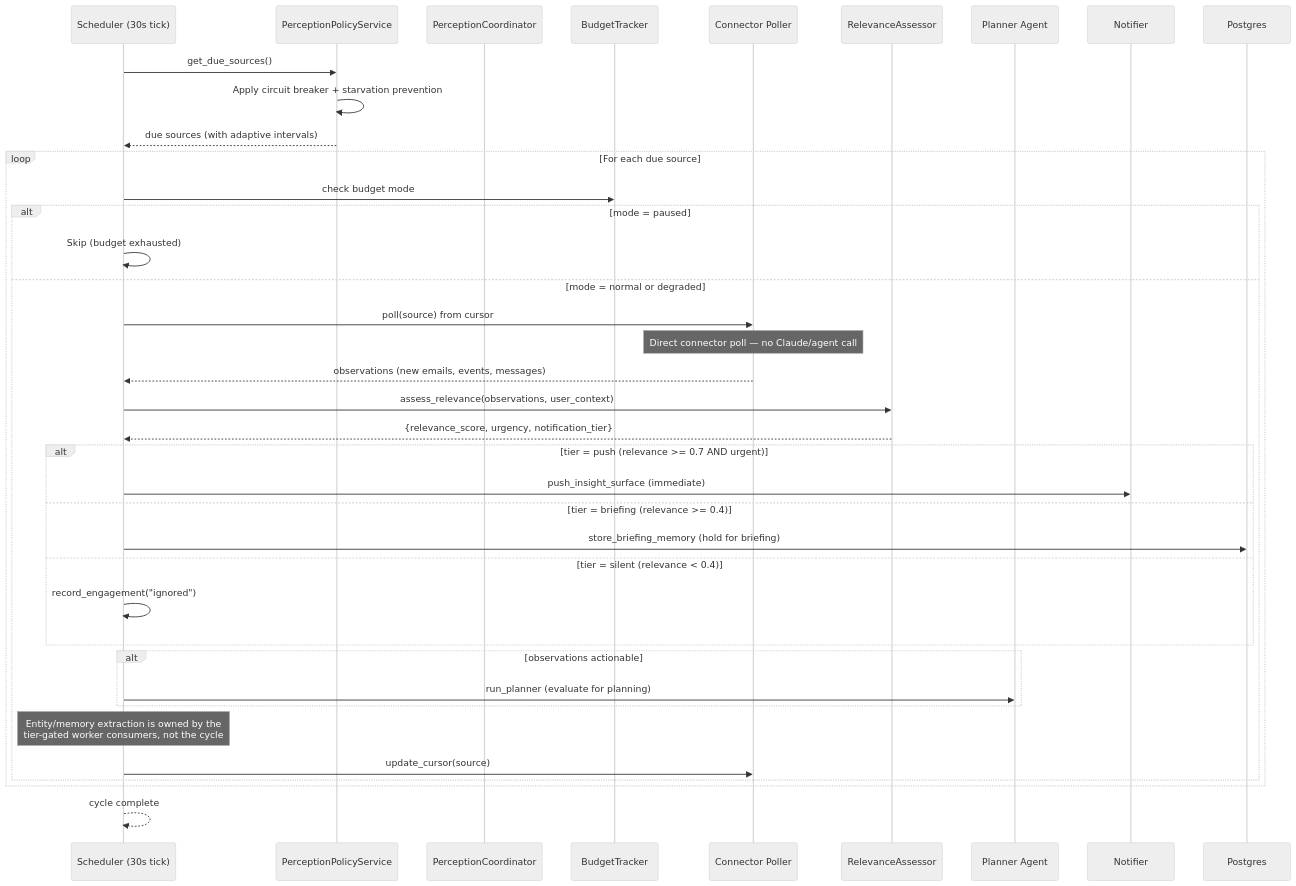
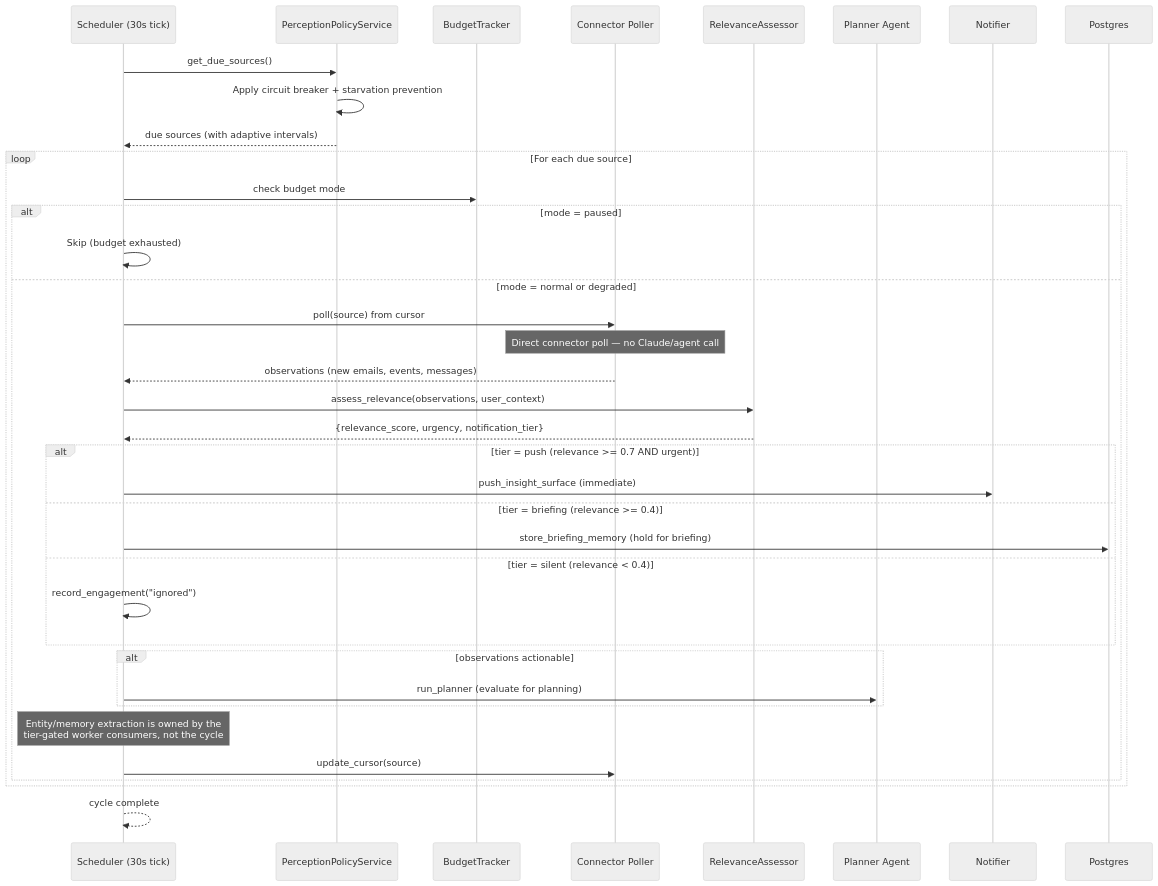
Before and after one commit to shivadharmi/muldro: the first of 2 diagrams in docs/architecture/perception.md, drawn with Mermaid (neutral theme). The commit also changed other lines of this file and 5 other files, not shown here.

````diff
--- a/docs/architecture/perception.md
+++ b/docs/architecture/perception.md
@@ -7,47 +7,46 @@
 ```mermaid
 sequenceDiagram
     participant SCH as Scheduler (30s tick)
     participant PPS as PerceptionPolicyService
-    participant PC as PerceptionCoordinator
     participant BT as BudgetTracker
     participant POL as Connector Poller
     participant RA as RelevanceAssessor
     participant PL as Planner Agent
     participant NT as Notifier
     participant DB as Postgres
 
     SCH->>PPS: get_due_sources()
     PPS->>PPS: Apply circuit breaker + starvation prevention
     PPS-->>SCH: due sources (with adaptive intervals)
 
     loop For each due source
         SCH->>BT: check budget mode
         alt mode = paused
             SCH->>SCH: Skip (budget exhausted)
         else mode = normal or degraded
             SCH->>POL: poll(source) from cursor
             Note over POL: Direct connector poll — no Claude/agent call
             POL-->>SCH: observations (new emails, events, messages)
 
             SCH->>RA: assess_relevance(observations, user_context)
             RA-->>SCH: {relevance_score, urgency, notification_tier}
 
             alt tier = push (relevance >= 0.7 AND urgent)
                 SCH->>NT: push_insight_surface (immediate)
             else tier = briefing (relevance >= 0.4)
                 SCH->>DB: store_briefing_memory (hold for briefing)
             else tier = silent (relevance < 0.4)
                 SCH->>SCH: record_engagement("ignored")
             end
 
             alt observations actionable
                 SCH->>PL: run_planner (evaluate for planning)
             end
 
             Note over SCH: Entity/memory extraction is owned by the<br/>tier-gated worker consumers, not the cycle
             SCH->>POL: update_cursor(source)
         end
     end
 
     SCH-->>SCH: cycle complete
 ```
````
